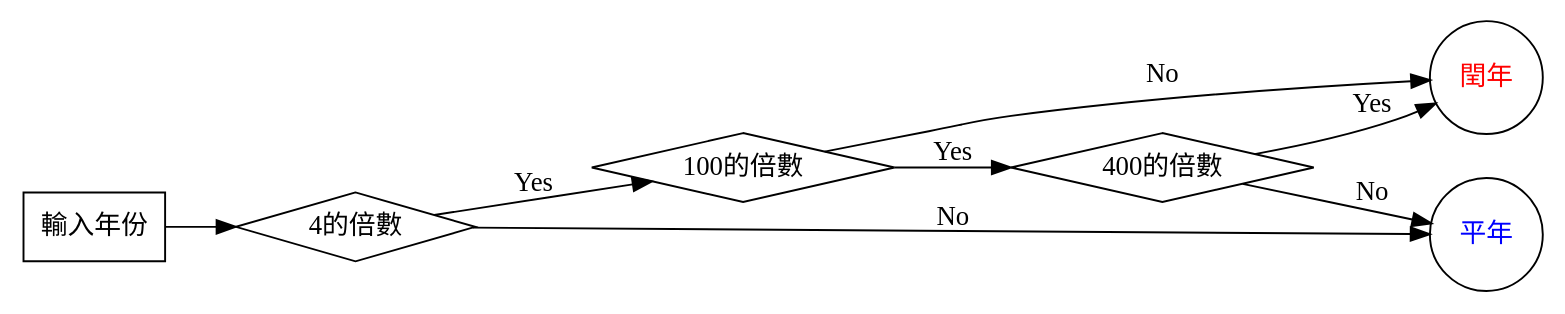
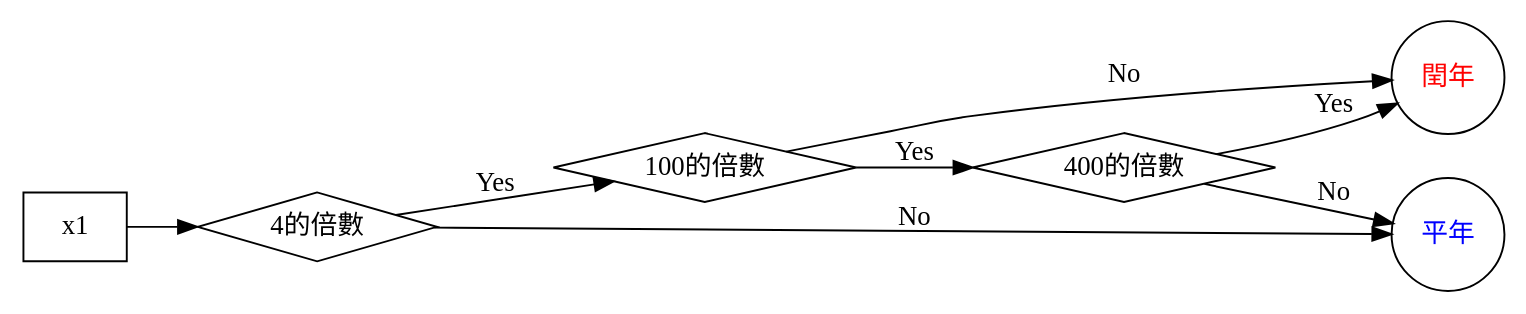
Before and after one commit to letranger/PythonCourse: the diagram in PythonBasic.org, drawn with Graphviz. The commit also changed other lines of this file and 3 other files, not shown here.

```diff
--- a/PythonBasic.org
+++ b/PythonBasic.org
@@ -442,16 +605,16 @@
 #+BEGIN_SRC dot :file ./YearJudge.png :cmdline -Kdot -Tpng 
   digraph TLS{
     rankdir=LR;
-    x1[shape=box, label = "輸入年份"];
+    x1[shape=box, labeVisualStudioCodel = "輸入年份"];
     x2[shape=diamond, label = "4的倍數"];
     x3[shape=diamond, label = "100的倍數"];
     x4[shape=diamond, label = "400的倍數"];
     xY[shape=circle, fontcolor=Red, label="閏年"]
     xN[shape=circle, fontcolor=Blue, label="平年"]
 
     x1 -> x2; 
     x2 -> xN[label="No"]; x2 -> x3[label="Yes"];
     x3 -> xY[label="No"]; x3 -> x4[label="Yes"]; 
     x4 -> xN[label="No"]; x4 -> xY[label="Yes"]; 
   }
 #+END_SRC
```
